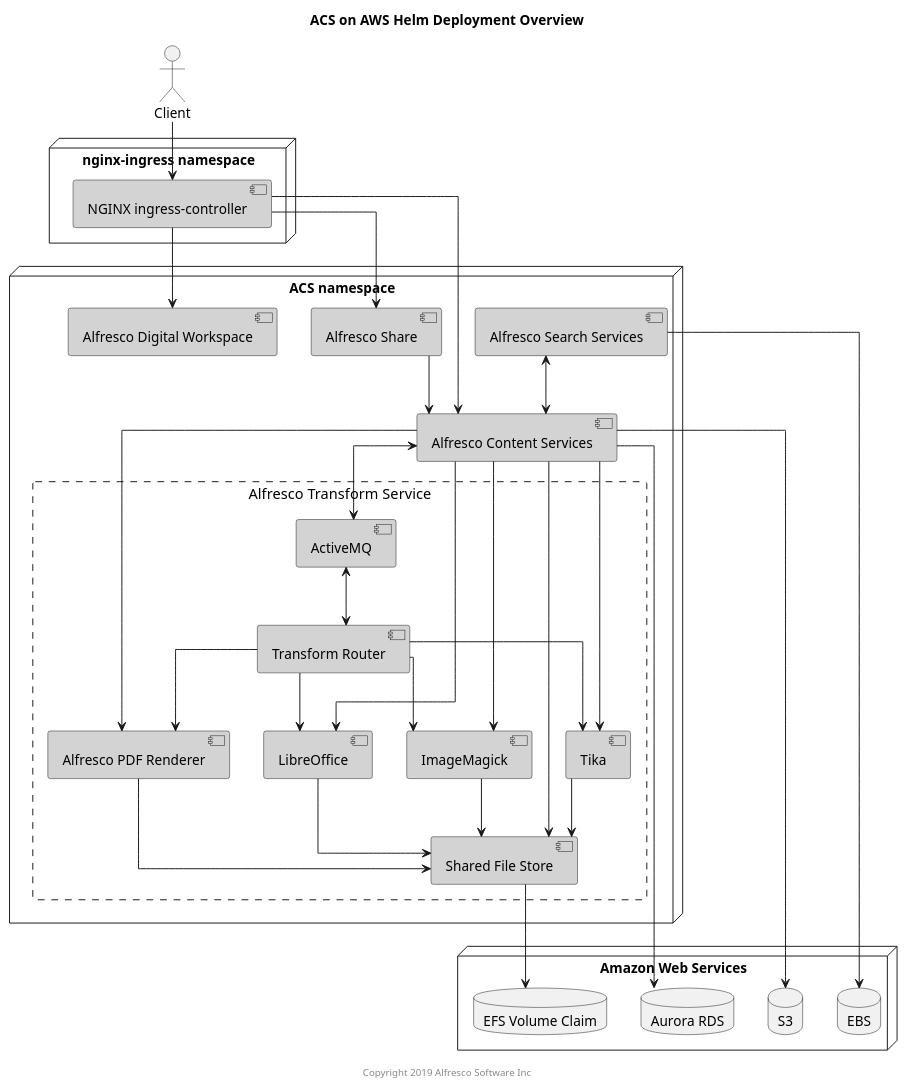
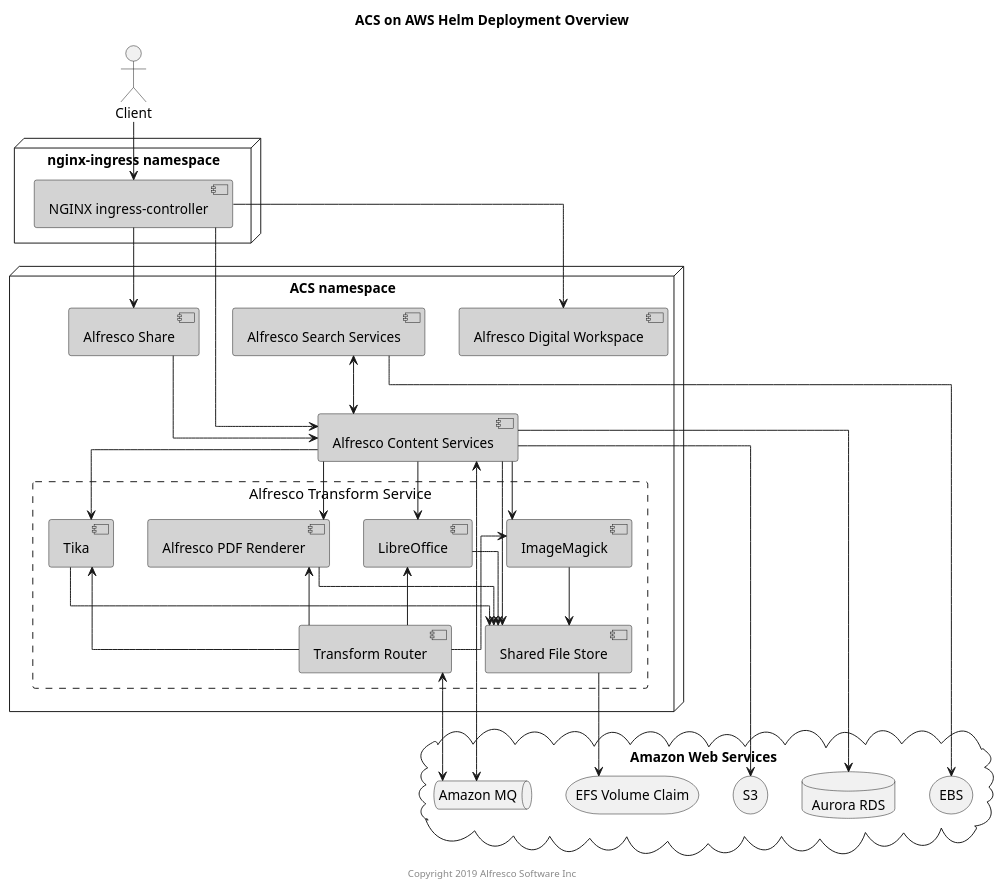
Before and after one commit to Alfresco/acs-deployment: the diagram in docs/diagrams/helm-chart/helm-components-aws.puml, drawn with PlantUML. The commit also changed 1 other file, not shown here.

Commit message:
Bring in AmazonMQ. (#164)

```diff
--- a/docs/diagrams/helm-chart/helm-components-aws.puml
+++ b/docs/diagrams/helm-chart/helm-components-aws.puml
@@ -1,73 +1,74 @@
 @startuml
 
 Title: ACS on AWS Helm Deployment Overview
 
 skinparam componentStyle uml2
 skinparam linetype ortho
 skinparam rectangle {
     BorderStyle dashed
     FontSize 15
     FontStyle none
 }
 
 actor Client
 
 node "nginx-ingress namespace" {
     component "NGINX ingress-controller" as nginx #lightgrey
 }
 
 node "ACS namespace" {
     component "Alfresco Digital Workspace" as adw #lightgrey
     component "Alfresco Content Services" as acs #lightgrey
     component "Alfresco Search Services" as ass #lightgrey
     component "Alfresco Share" as share #lightgrey
     rectangle "Alfresco Transform Service" {
         component "Transform Router" as tr #lightgrey
         component "Shared File Store" as sfs #lightgrey
-        component "ActiveMQ" as amq #lightgrey
         component "Alfresco PDF Renderer" as pdfr #lightgrey
         component "LibreOffice" as libr #lightgrey
         component "ImageMagick" as img #lightgrey
         component "Tika" as tika #lightgrey
     }
 }
 
-node "Amazon Web Services" {
+cloud "Amazon Web Services" {
+    storage "S3" as s3
     database "Aurora RDS" as db
-    database "S3" as s3
-    database "EFS Volume Claim" as vc
-    database "EBS" as ebs
+    storage "EBS" as ebs
+    storage "EFS Volume Claim" as vc
+    queue "Amazon MQ" as mq
+
 }
 
 Client --> nginx
 
 nginx --> acs
 nginx --> share
 nginx --> adw
 
 ass --> ebs
 sfs --> vc
 acs --> s3
 
 ass <--> acs
 acs --> db
 acs --> pdfr
 acs --> libr
 acs --> img
 acs --> tika
 acs --> sfs
-acs <--> amq
-tr --> pdfr
-tr --> libr
-tr --> img
-tr --> tika
-tr <-up-> amq
+acs <--> mq
+tr -up-> pdfr
+tr -up-> libr
+tr -up-> img
+tr -up-> tika
+tr <--> mq
 pdfr --> sfs
 libr --> sfs
 img --> sfs
 tika --> sfs
 share --> acs
 
 center footer Copyright 2019 Alfresco Software Inc
 
 @enduml
```
